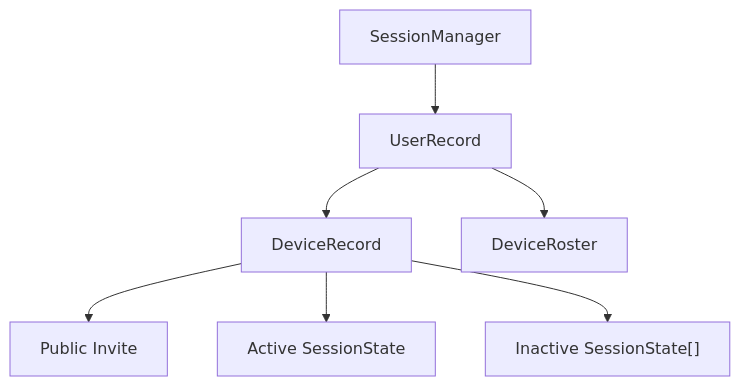
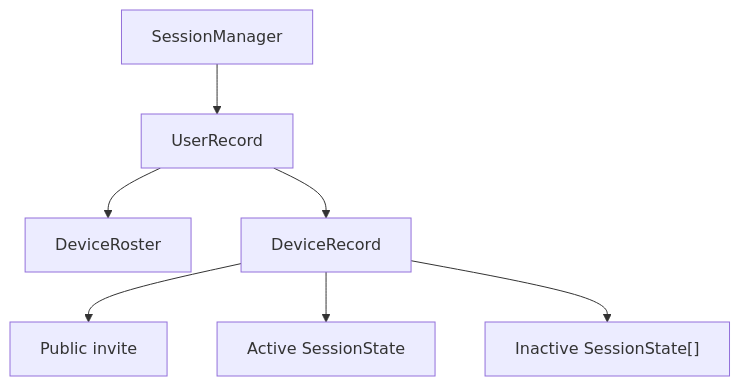
One commit to lauri000/ndr-demo-app changed the third of 9 diagrams in ARCHITECTURE_REVIEW.md. Above: the diagram before and after it, drawn with Mermaid. The commit also changed other lines of this file and 4 other files, not shown here.

````diff
--- a/ARCHITECTURE_REVIEW.md
+++ b/ARCHITECTURE_REVIEW.md
@@ -72,9 +146,9 @@
 ```mermaid
 flowchart TD
   SM["SessionManager"] --> UR["UserRecord"]
+  UR --> R["DeviceRoster"]
   UR --> DR["DeviceRecord"]
-  UR --> R["DeviceRoster"]
-  DR --> I["Public Invite"]
+  DR --> I["Public invite"]
   DR --> AS["Active SessionState"]
   DR --> IS["Inactive SessionState[]"]
 ```
````
